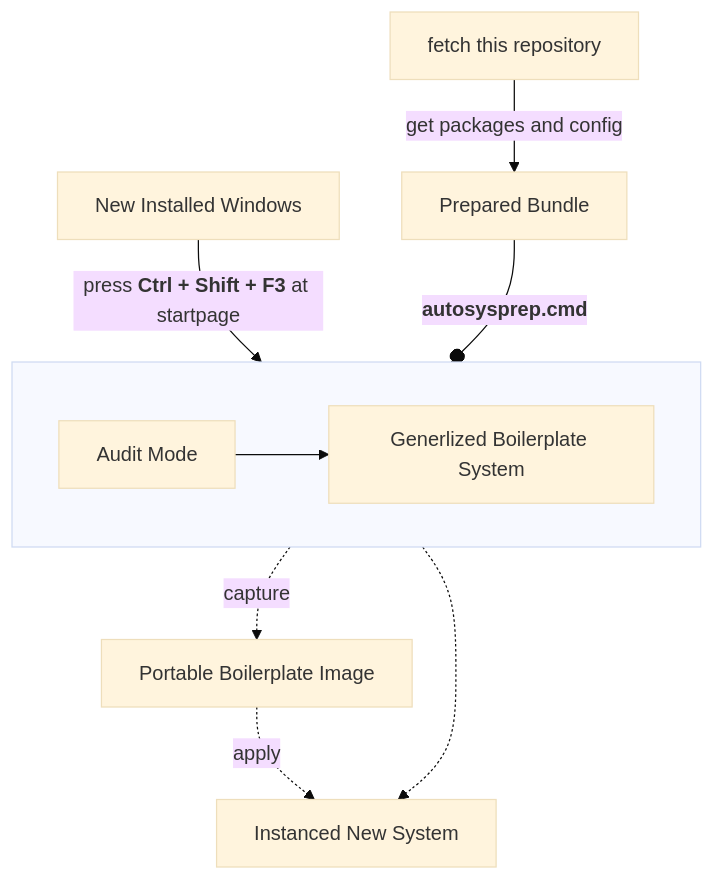
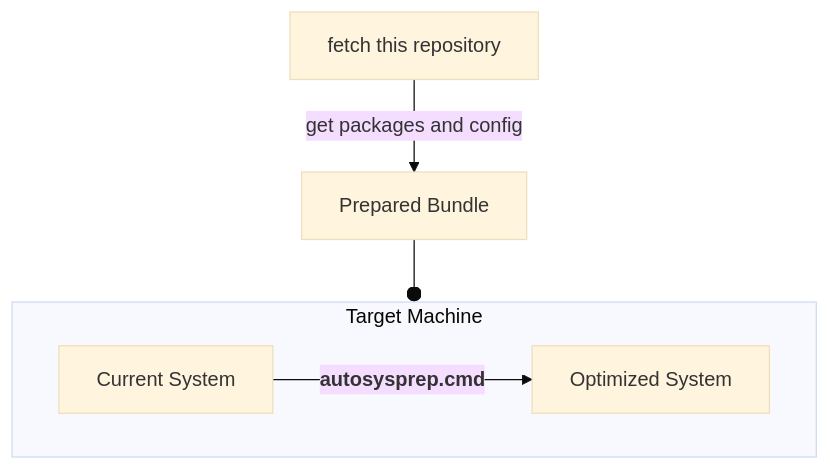
Before and after one commit to neo-sam/mysysprep: the second of 2 diagrams in README.md, drawn with Mermaid (base theme). The commit also changed other lines of this file and 36 other files, not shown here.

````diff
--- a/README.md
+++ b/README.md
@@ -50,13 +41,8 @@
 ```mermaid
-flowchart TD
-  newsys[New Installed Windows] -- press <b>Ctrl + Shift + F3</b> at startpage --> auditmode[Audit Mode]
-  subgraph sysprep [ ]
-    direction LR
-    auditmode --> generlized[Generlized Boilerplate System]
+flowchart TB
+  fetch[fetch this repository] -- get packages and config --> bundle[Prepared Bundle]
+  subgraph config [Target Machine]
+      old[Current System] -- <b>autosysprep.cmd</b> --> new[Optimized System]
   end
-  fetch[fetch this repository] -- get packages and config --> bundle[Prepared Bundle]
-  bundle -- <b>autosysprep.cmd</b> --o sysprep
-  generlized -.-> instance[Instanced New System]
-  generlized -. capture .-> image[Portable Boilerplate Image]
-  image -. apply .-> instance
+  bundle --o config
 ```
````
